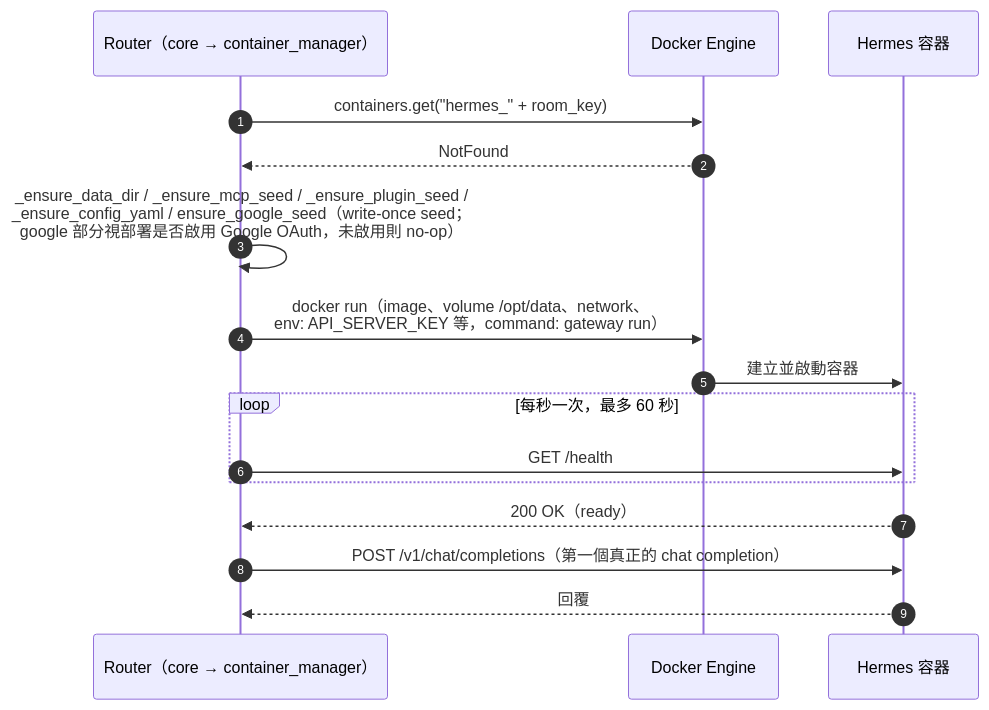
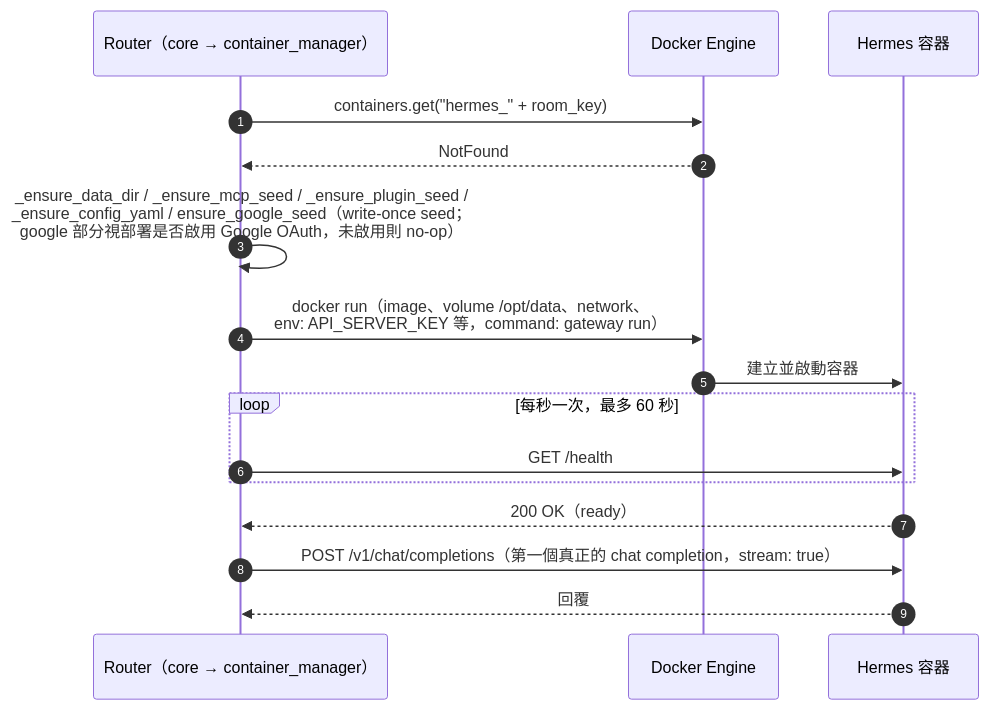
The seventh of 9 diagrams in docs/sequence-diagrams.md (marychouchou/alice-office), drawn with Mermaid before and after one commit. The commit also changed other lines of this file and 9 other files, not shown here.

````diff
--- a/docs/sequence-diagrams.md
+++ b/docs/sequence-diagrams.md
@@ -257,19 +264,19 @@
 ```mermaid
 sequenceDiagram
     autonumber
     participant R as Router（core → container_manager）
     participant D as Docker Engine
     participant H as Hermes 容器
 
     R->>D: containers.get("hermes_" + room_key)
     D-->>R: NotFound
     R->>R: _ensure_data_dir / _ensure_mcp_seed / _ensure_plugin_seed /<br/>_ensure_config_yaml / ensure_google_seed（write-once seed；<br/>google 部分視部署是否啟用 Google OAuth，未啟用則 no-op）
     R->>D: docker run（image、volume /opt/data、network、<br/>env: API_SERVER_KEY 等，command: gateway run）
     D->>H: 建立並啟動容器
     loop 每秒一次，最多 60 秒
         R->>H: GET /health
     end
     H-->>R: 200 OK（ready）
-    R->>H: POST /v1/chat/completions（第一個真正的 chat completion）
+    R->>H: POST /v1/chat/completions（第一個真正的 chat completion，stream: true）
     H-->>R: 回覆
 ```
````
